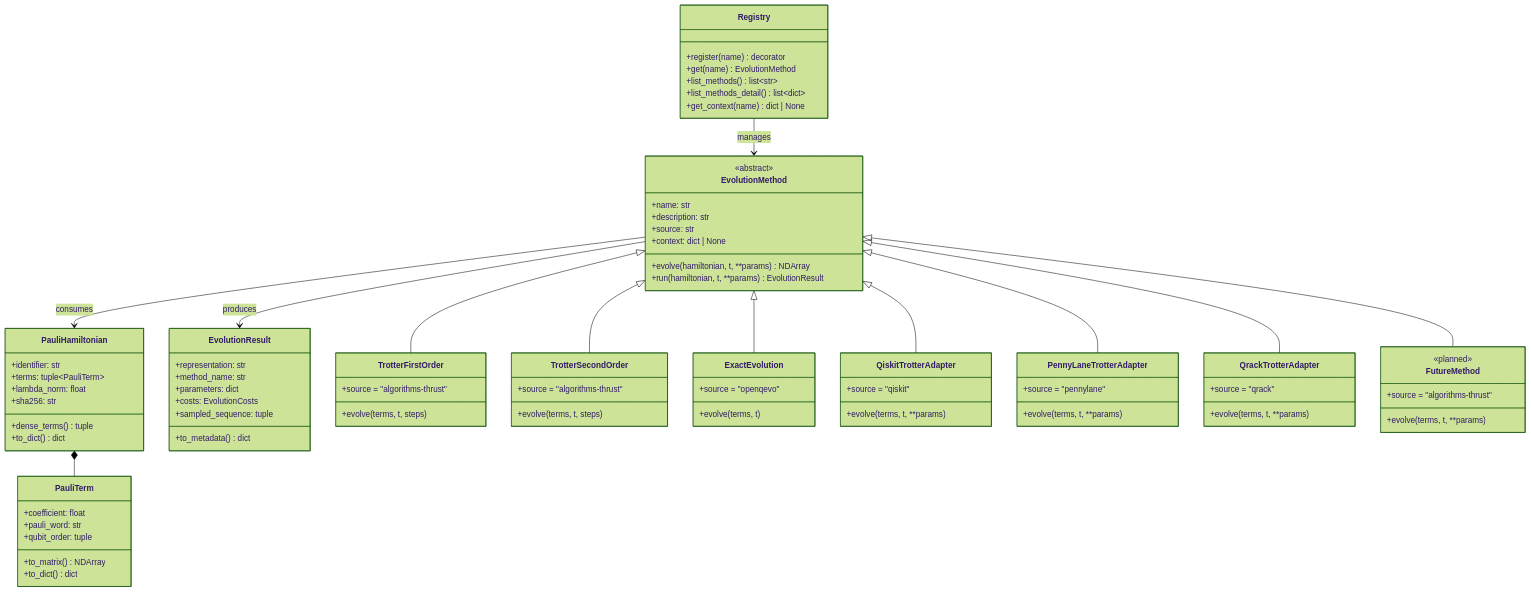
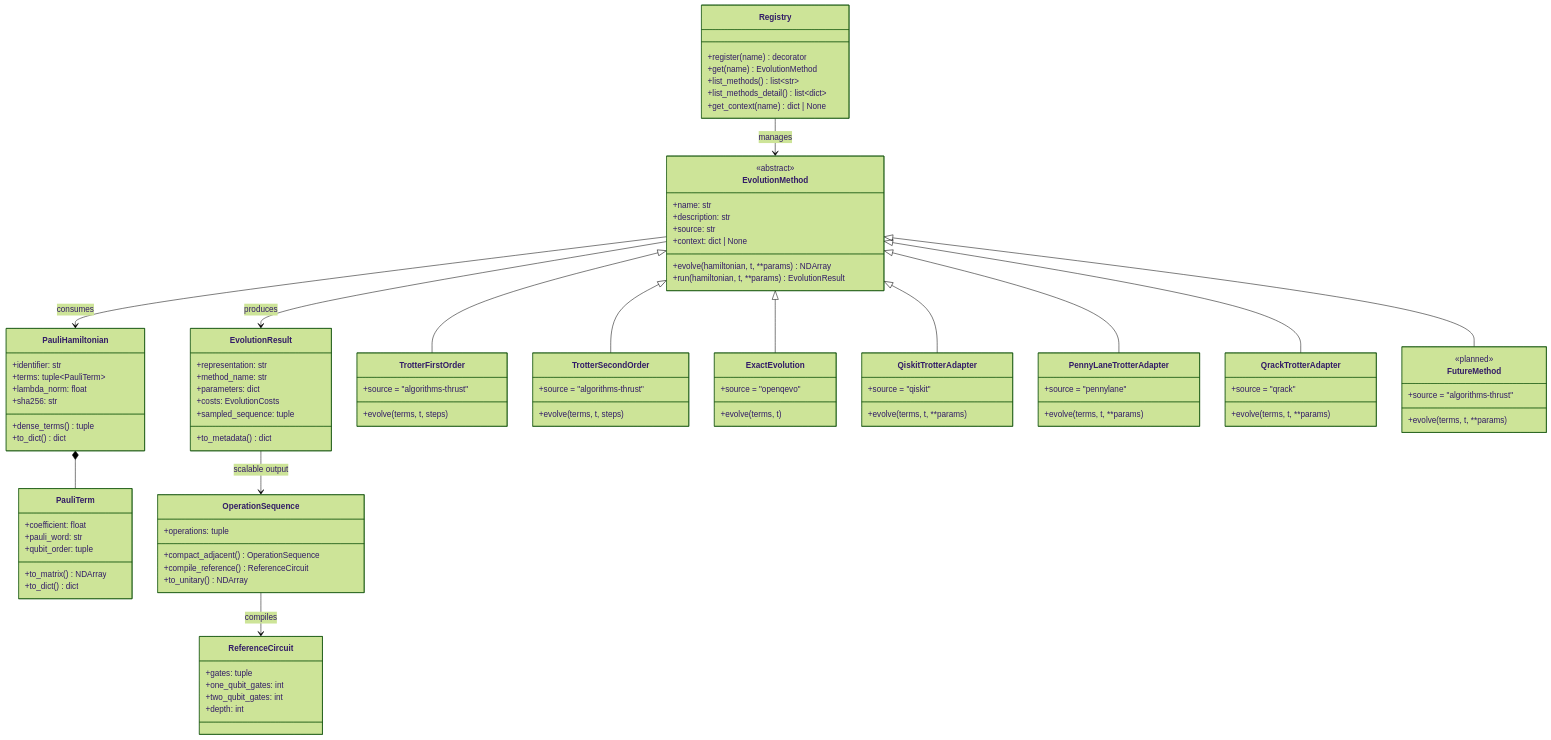
Before and after one commit to QSCSoftwareEcosystem/OpenQEvo: the second of 2 diagrams in docs/architecture.md, drawn with Mermaid (forest theme). The commit also changed other lines of this file and 40 other files, not shown here.

````diff
--- a/docs/architecture.md
+++ b/docs/architecture.md
@@ -120,6 +122,20 @@
         +costs: EvolutionCosts
         +sampled_sequence: tuple
         +to_metadata() dict
+    }
+
+    class OperationSequence {
+        +operations: tuple
+        +compact_adjacent() OperationSequence
+        +compile_reference() ReferenceCircuit
+        +to_unitary() NDArray
+    }
+
+    class ReferenceCircuit {
+        +gates: tuple
+        +one_qubit_gates: int
+        +two_qubit_gates: int
+        +depth: int
     }
 
     class Registry {
@@ -176,5 +192,7 @@
     PauliHamiltonian *-- PauliTerm
     EvolutionMethod --> PauliHamiltonian : consumes
     EvolutionMethod --> EvolutionResult : produces
+    EvolutionResult --> OperationSequence : scalable output
+    OperationSequence --> ReferenceCircuit : compiles
     Registry --> EvolutionMethod : manages
 ```
````
